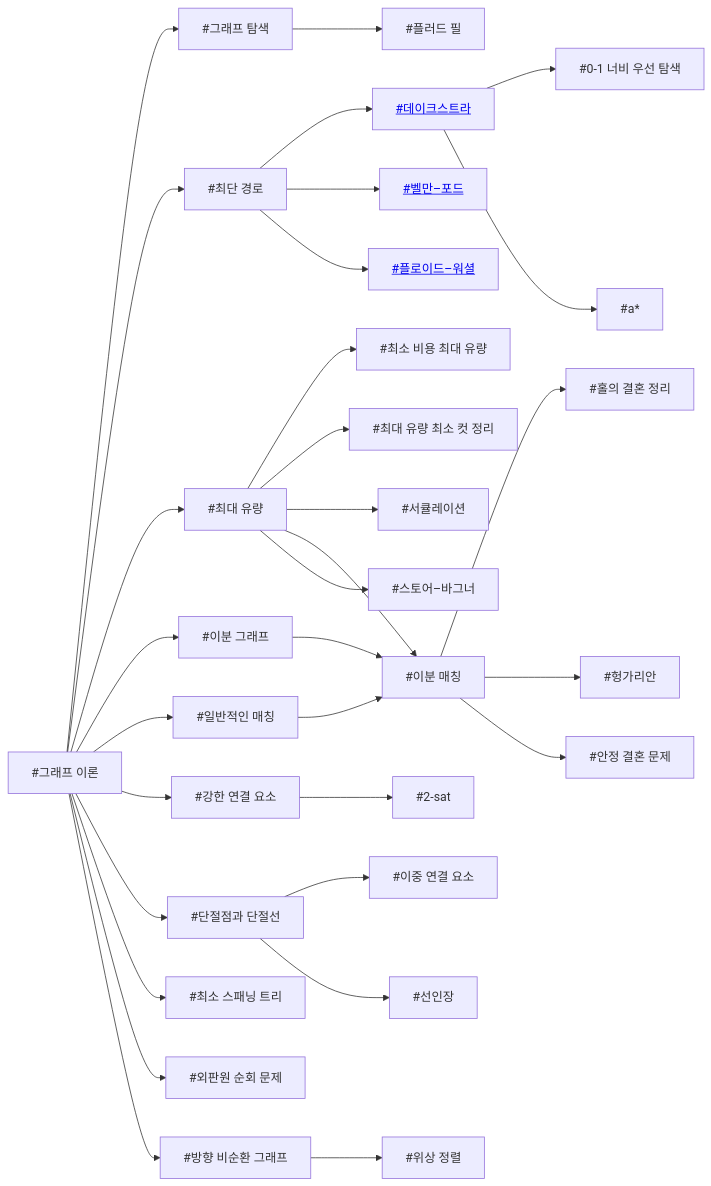
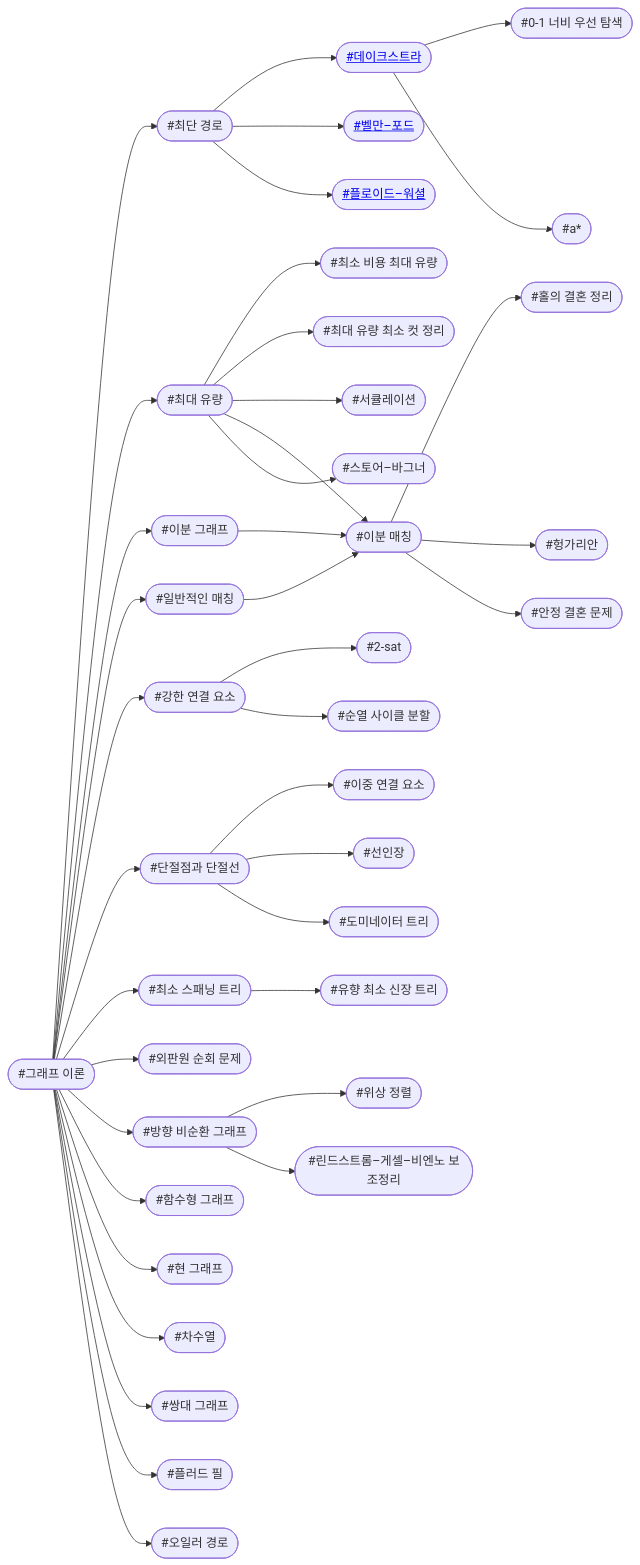
Before and after one commit to CHOYUNSIG/algorithm_with_boj: the fifth of 12 diagrams in index.md, drawn with Mermaid. The commit also changed other lines of this file and 1 other file, not shown here.

```diff
--- a/index.md
+++ b/index.md
@@ -144,64 +181,80 @@
 <pre class="mermaid">
     graph LR
 
-    #graphs --> #graph_traversal
     #graphs --> #shortest_path
     #graphs --> #flow
     #graphs --> #bipartite_graph
     #graphs --> #general_matching
     #graphs --> #scc
     #graphs --> #articulation
     #graphs --> #mst
     #graphs --> #tsp
     #graphs --> #dag
-    #graph_traversal --> #flood_fill
+    #graphs --> #functional_graph
+    #graphs --> #chordal_graph
+    #graphs --> #degree_sequence
+    #graphs --> #dual_graph
+    #graphs --> #flood_fill
+    #graphs --> #eulerian_path
     #general_matching --> #bipartite_matching
     #articulation --> #biconnected_component
     #articulation --> #cactus
+    #articulation --> #dominator_tree
     #shortest_path --> #dijkstra
     #shortest_path --> #bellman_ford
     #shortest_path --> #floyd_warshall
     #flow --> #mcmf
     #flow --> #mfmc
     #flow --> #circulation
     #flow --> #bipartite_matching
     #flow --> #stoer_wagner
     #bipartite_graph --> #bipartite_matching
     #bipartite_matching --> #hall
     #bipartite_matching --> #hungarian
     #bipartite_matching --> #stable_marriage
+    #mst --> #directed_mst
     #scc --> #2_sat
+    #scc --> #permutation_cycle_decomposition
     #dijkstra --> #0_1_bfs
     #dijkstra --> #a_star
     #dag --> #topological_sorting
+    #dag --> #lgv
 
-    #0_1_bfs[#0-1 너비 우선 탐색]
-    #2_sat[#2-sat]
-    #a_star[#a*]
-    #scc[#강한 연결 요소]
-    #graphs[#그래프 이론]
-    #graph_traversal[#그래프 탐색]
-    #articulation[#단절점과 단절선]
-    #dijkstra[<a href="post/2024/01/01/dijkstra.html">#데이크스트라</a>]
-    #dag[#방향 비순환 그래프]
-    #bellman_ford[<a href="post/2024/01/07/bellman_ford.html">#벨만–포드</a>]
-    #circulation[#서큘레이션]
-    #cactus[#선인장]
-    #stoer_wagner[#스토어–바그너]
-    #stable_marriage[#안정 결혼 문제]
-    #tsp[#외판원 순회 문제]
-    #topological_sorting[#위상 정렬]
-    #bipartite_graph[#이분 그래프]
-    #bipartite_matching[#이분 매칭]
-    #biconnected_component[#이중 연결 요소]
-    #general_matching[#일반적인 매칭]
-    #shortest_path[#최단 경로]
-    #flow[#최대 유량]
-    #mfmc[#최대 유량 최소 컷 정리]
-    #mcmf[#최소 비용 최대 유량]
-    #mst[#최소 스패닝 트리]
-    #flood_fill[#플러드 필]
-    #floyd_warshall[<a href="post/2024/01/07/floyd_warshall.html">#플로이드–워셜</a>]
-    #hungarian[#헝가리안]
-    #hall[#홀의 결혼 정리]
+    #0_1_bfs(["#0-1 너비 우선 탐색"])
+    #2_sat(["#2-sat"])
+    #a_star(["#a*"])
+    #scc(["#강한 연결 요소"])
+    #graphs(["#그래프 이론"])
+    #articulation(["#단절점과 단절선"])
+    #dijkstra(["<a href="post/2024/01/01/dijkstra.html">#데이크스트라</a>"])
+    #dominator_tree(["#도미네이터 트리"])
+    #lgv(["#린드스트롬–게셀–비엔노 보조정리"])
+    #dag(["#방향 비순환 그래프"])
+    #bellman_ford(["<a href="post/2024/01/07/bellman_ford.html">#벨만–포드</a>"])
+    #circulation(["#서큘레이션"])
+    #cactus(["#선인장"])
+    #permutation_cycle_decomposition(["#순열 사이클 분할"])
+    #stoer_wagner(["#스토어–바그너"])
+    #dual_graph(["#쌍대 그래프"])
+    #stable_marriage(["#안정 결혼 문제"])
+    #eulerian_path(["#오일러 경로"])
+    #tsp(["#외판원 순회 문제"])
+    #topological_sorting(["#위상 정렬"])
+    #directed_mst(["#유향 최소 신장 트리"])
+    #bipartite_graph(["#이분 그래프"])
+    #bipartite_matching(["#이분 매칭"])
+    #biconnected_component(["#이중 연결 요소"])
+    #general_matching(["#일반적인 매칭"])
+    #degree_sequence(["#차수열"])
+    #shortest_path(["#최단 경로"])
+    #flow(["#최대 유량"])
+    #mfmc(["#최대 유량 최소 컷 정리"])
+    #mcmf(["#최소 비용 최대 유량"])
+    #mst(["#최소 스패닝 트리"])
+    #flood_fill(["#플러드 필"])
+    #floyd_warshall(["<a href="post/2024/01/07/floyd_warshall.html">#플로이드–워셜</a>"])
+    #functional_graph(["#함수형 그래프"])
+    #hungarian(["#헝가리안"])
+    #chordal_graph(["#현 그래프"])
+    #hall(["#홀의 결혼 정리"])
 </pre>
```
